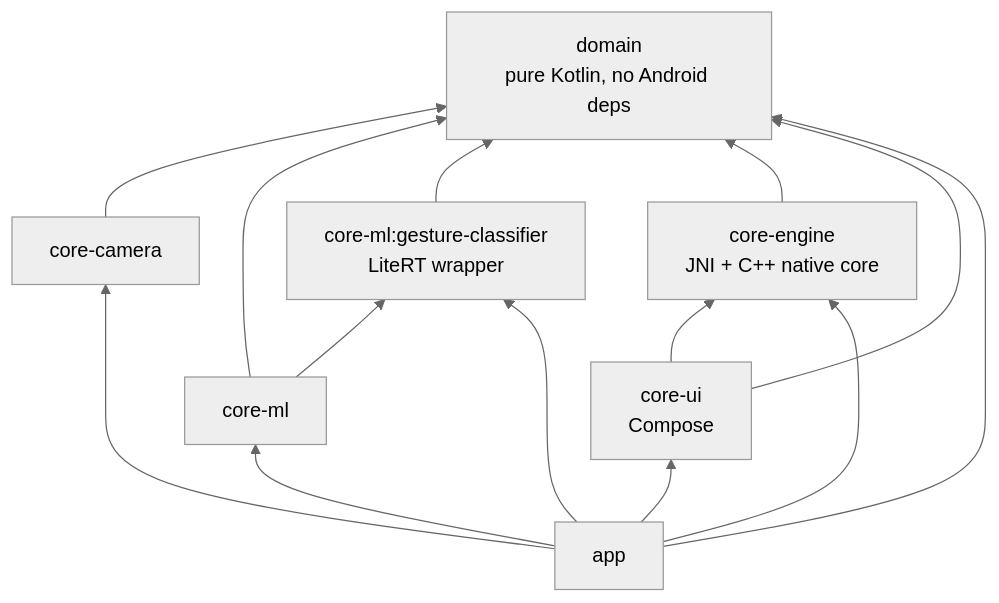
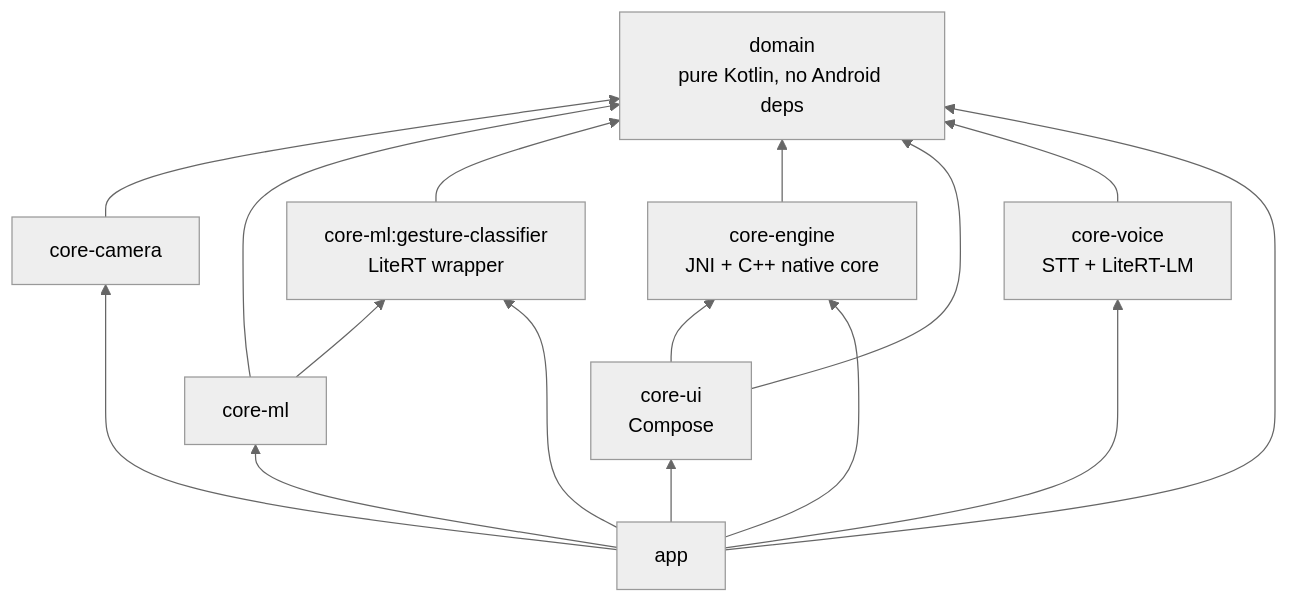
Before and after one commit to MaksimAbramenka/GestureControl: the second of 2 diagrams in README.md, drawn with Mermaid (neutral theme). The commit also changed other lines of this file and 5 other files, not shown here.

````diff
--- a/README.md
+++ b/README.md
@@ -44,24 +51,27 @@
 ```mermaid
 graph BT
     domain["domain<br/>pure Kotlin, no Android deps"]
     coreCamera["core-camera"]
     coreMl["core-ml"]
     gestureClassifier["core-ml:gesture-classifier<br/>LiteRT wrapper"]
     coreEngine["core-engine<br/>JNI + C++ native core"]
     coreUi["core-ui<br/>Compose"]
+    coreVoice["core-voice<br/>STT + LiteRT-LM"]
     app["app"]
 
     coreCamera --> domain
     coreMl --> domain
     coreMl --> gestureClassifier
     gestureClassifier --> domain
     coreEngine --> domain
     coreUi --> domain
     coreUi --> coreEngine
+    coreVoice --> domain
     app --> domain
     app --> coreCamera
     app --> coreMl
     app --> gestureClassifier
     app --> coreEngine
     app --> coreUi
+    app --> coreVoice
 ```
````
